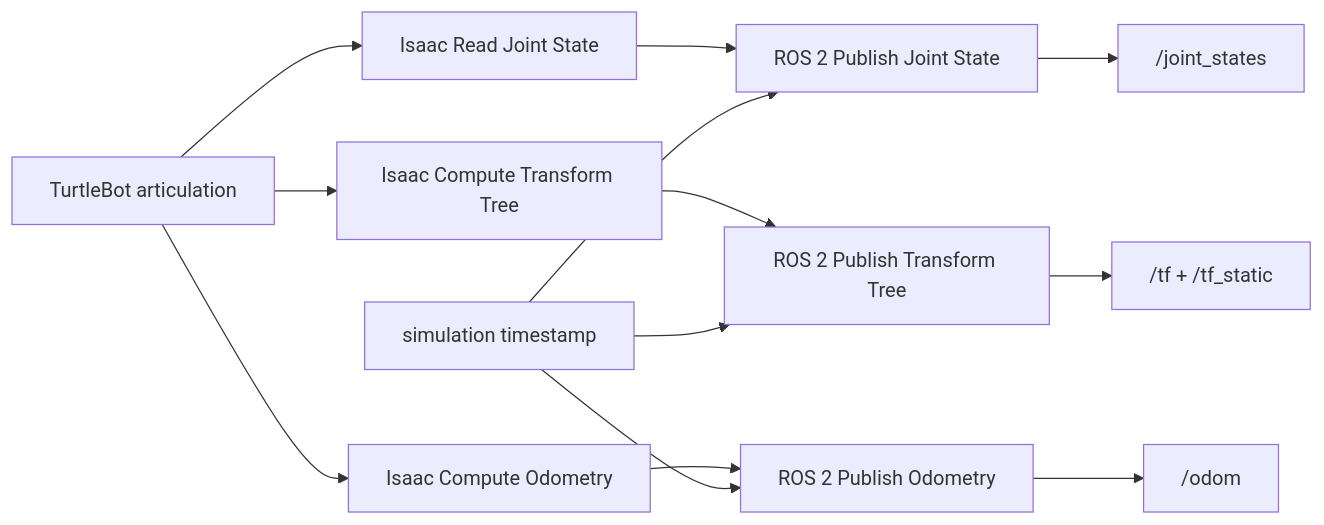
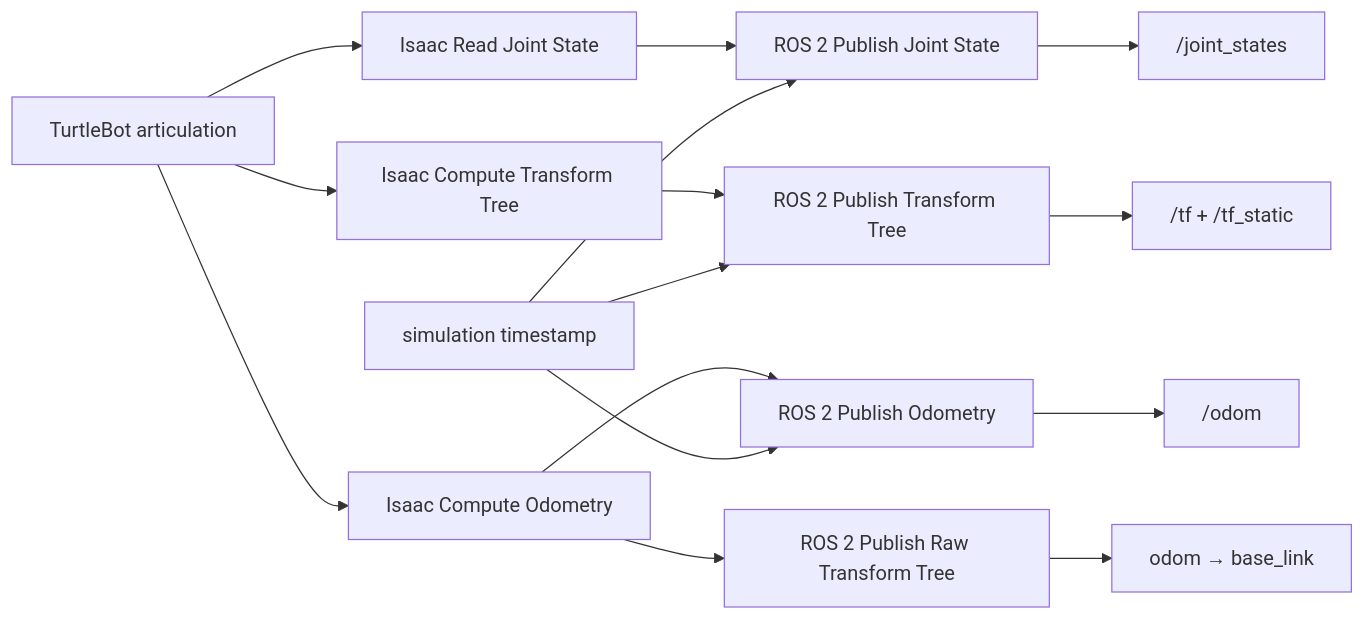
The first of 2 diagrams in robotics-simulation-engineer/lab-02-joint-states-tf.md (buicongnguyen/buicongnguyen.github.io), drawn with Mermaid before and after one commit. The commit also changed other lines of this file and 45 other files, not shown here.

````diff
--- a/robotics-simulation-engineer/lab-02-joint-states-tf.md
+++ b/robotics-simulation-engineer/lab-02-joint-states-tf.md
@@ -17,11 +17,12 @@
 ```mermaid
 flowchart LR
     Art["TurtleBot articulation"] --> Read["Isaac Read Joint State"]
     Read --> Joint["ROS 2 Publish Joint State"] --> JS["/joint_states"]
     Art --> Compute["Isaac Compute Transform Tree"]
     Compute --> PubTF["ROS 2 Publish Transform Tree"] --> TF["/tf + /tf_static"]
     Art --> Odom["Isaac Compute Odometry"] --> PubO["ROS 2 Publish Odometry"] --> OT["/odom"]
+    Odom --> RawTF["ROS 2 Publish Raw Transform Tree"] --> OTF["odom → base_link"]
     Clock["simulation timestamp"] --> Joint
     Clock --> PubTF
     Clock --> PubO
 ```
````
